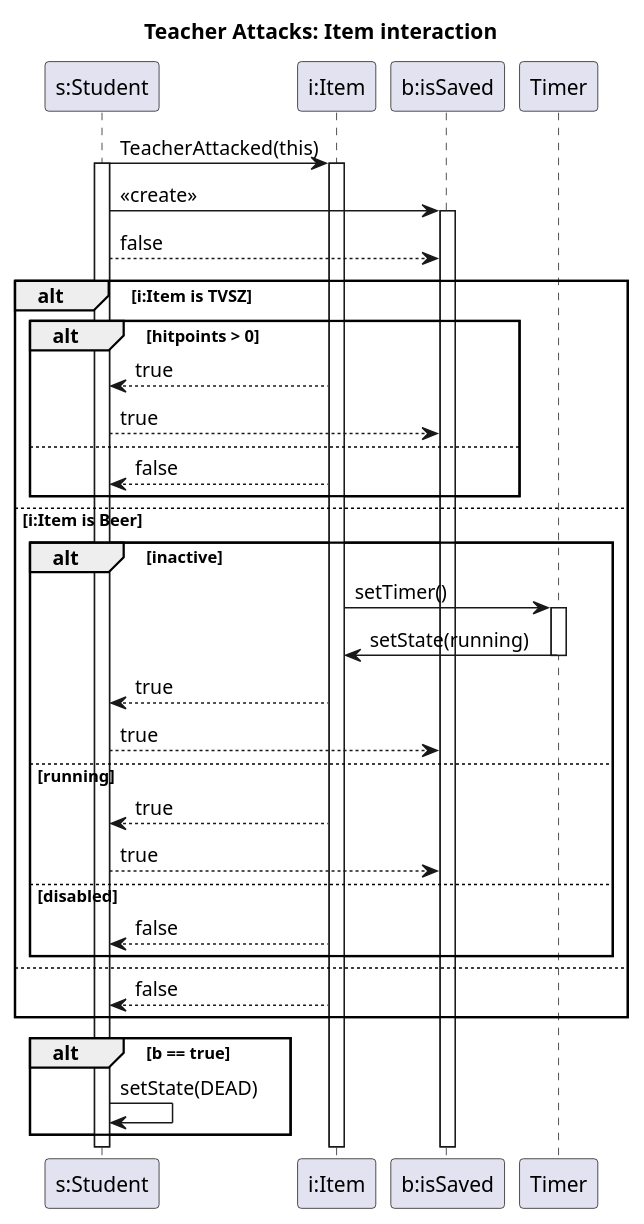
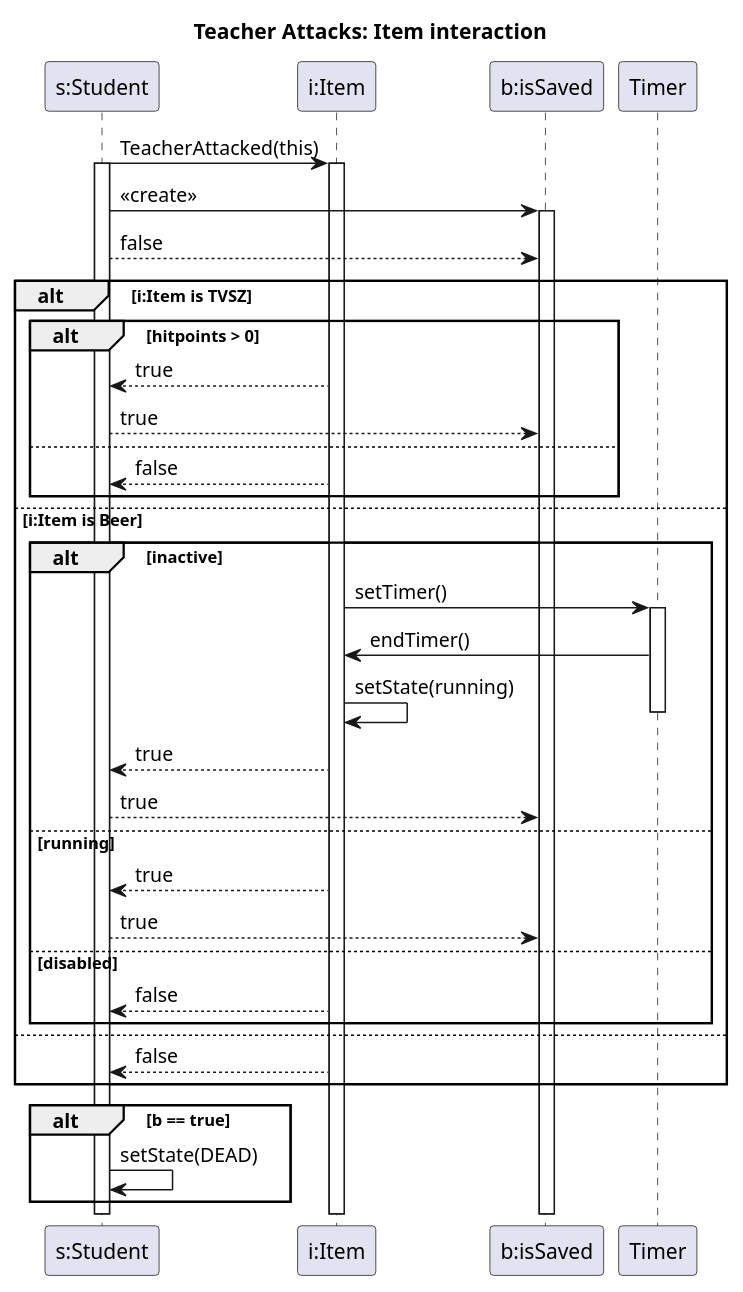
The diagram in teacher_attacks_item.plantuml (MBakter/echo), drawn with PlantUML before and after one commit. The commit also changed 6 other files, not shown here.

```diff
--- a/teacher_attacks_item.plantuml
+++ b/teacher_attacks_item.plantuml
@@ -1,44 +1,45 @@
 @startuml teacher_attacks
 
 title Teacher Attacks: Item interaction
 participant "s:Student" as s
 participant "i:Item" as i
 participant "b:isSaved" as b
 
 s -> i : TeacherAttacked(this)
 activate i
 activate s
 s -> b : <<create>>
 activate b
 s --> b : false
 
 alt i:Item is TVSZ 
     alt hitpoints > 0
         i --> s : true
         s --> b : true
     else
         i --> s : false
     end
 else i:Item is Beer 
     alt inactive
         i -> Timer : setTimer()
         activate Timer
-            Timer -> i : setState(running)
+            Timer -> i : endTimer()
+            i -> i : setState(running)
         deactivate Timer
         i --> s : true
         s --> b : true
     else running
         i --> s : true
         s --> b : true
     else disabled
         i --> s : false
     end
 else 
     i --> s : false
 end
 
 alt b == true
     s -> s : setState(DEAD)
 end
     
 @enduml
```
